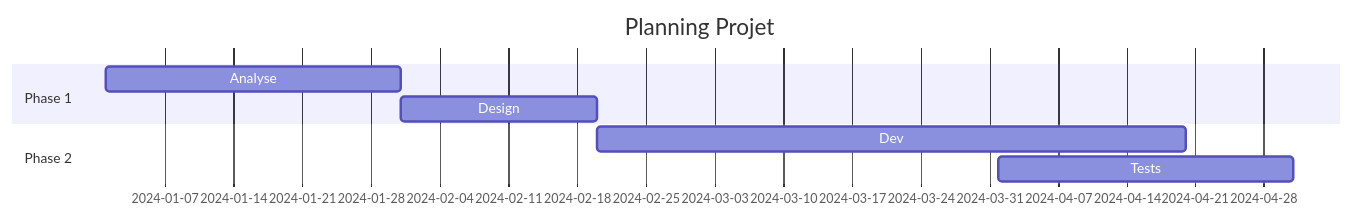
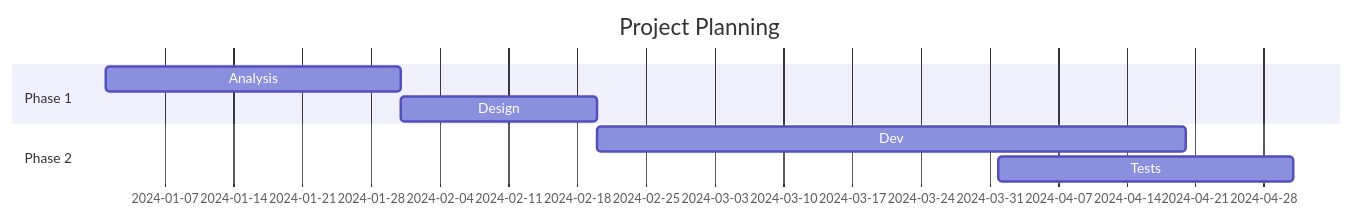
One commit to julien-riel/research-and-presentation-team changed the fourth of 17 diagrams in .claude/skills/diagram-generator/SKILL.md. Above: the diagram before and after it, drawn with Mermaid. The commit also changed other lines of this file and 17 other files, not shown here.

````diff
--- a/.claude/skills/diagram-generator/SKILL.md
+++ b/.claude/skills/diagram-generator/SKILL.md
@@ -263,13 +263,13 @@
 ```mermaid
 gantt
-    title Planning Projet
+    title Project Planning
     dateFormat YYYY-MM-DD
 
     section Phase 1
-    Analyse    :a1, 2024-01-01, 30d
+    Analysis   :a1, 2024-01-01, 30d
     Design     :a2, after a1, 20d
 
     section Phase 2
     Dev        :2024-02-20, 60d
     Tests      :2024-04-01, 30d
 ```
````
